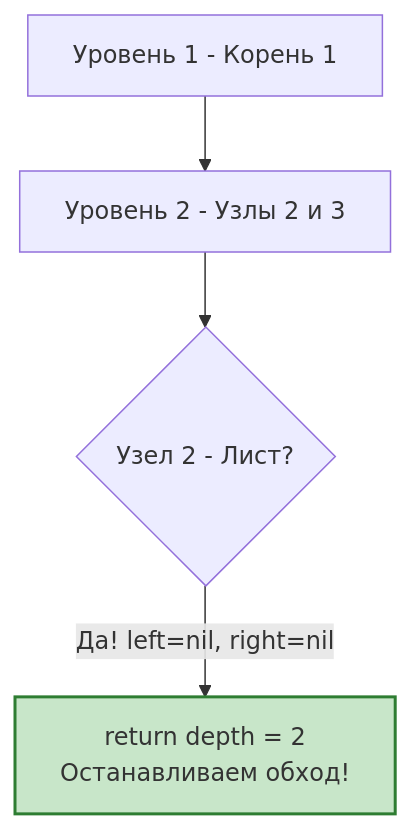
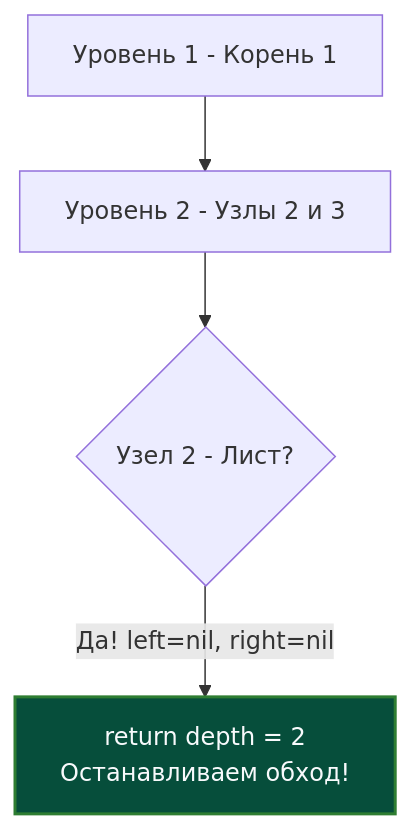
One commit to UnrealTemplier/go-textbook changed the diagram in sources/21. Задачи с LeetCode и собеседований на Go/02. Задачи/12. Поиск в ширину BFS/4. Minimum Depth of Binary Tree.md. Above: the diagram before and after it, drawn with Mermaid. The commit also changed 310 other files, not shown here.

First line of the commit message:
fix(mermaid): replace light fill colors with dark palette for readability on dark theme

````diff
--- a/sources/21. Задачи с LeetCode и собеседований на Go/02. Задачи/12. Поиск в ширину BFS/4. Minimum Depth of Binary Tree.md
+++ b/sources/21. Задачи с LeetCode и собеседований на Go/02. Задачи/12. Поиск в ширину BFS/4. Minimum Depth of Binary Tree.md
@@ -66,8 +66,8 @@
 ```mermaid
 flowchart TD
     A["Уровень 1 - Корень 1"] --> B["Уровень 2 - Узлы 2 и 3"]
     B --> C{"Узел 2 - Лист?"}
     C -- "Да! left=nil, right=nil" --> D["return depth = 2<br>Останавливаем обход!"]
     
-    style D fill:#c8e6c9,stroke:#2e7d32,stroke-width:2px
+    style D fill:#064e3b,stroke:#2e7d32,stroke-width:2px,color:#f8fafc
 ```
````
